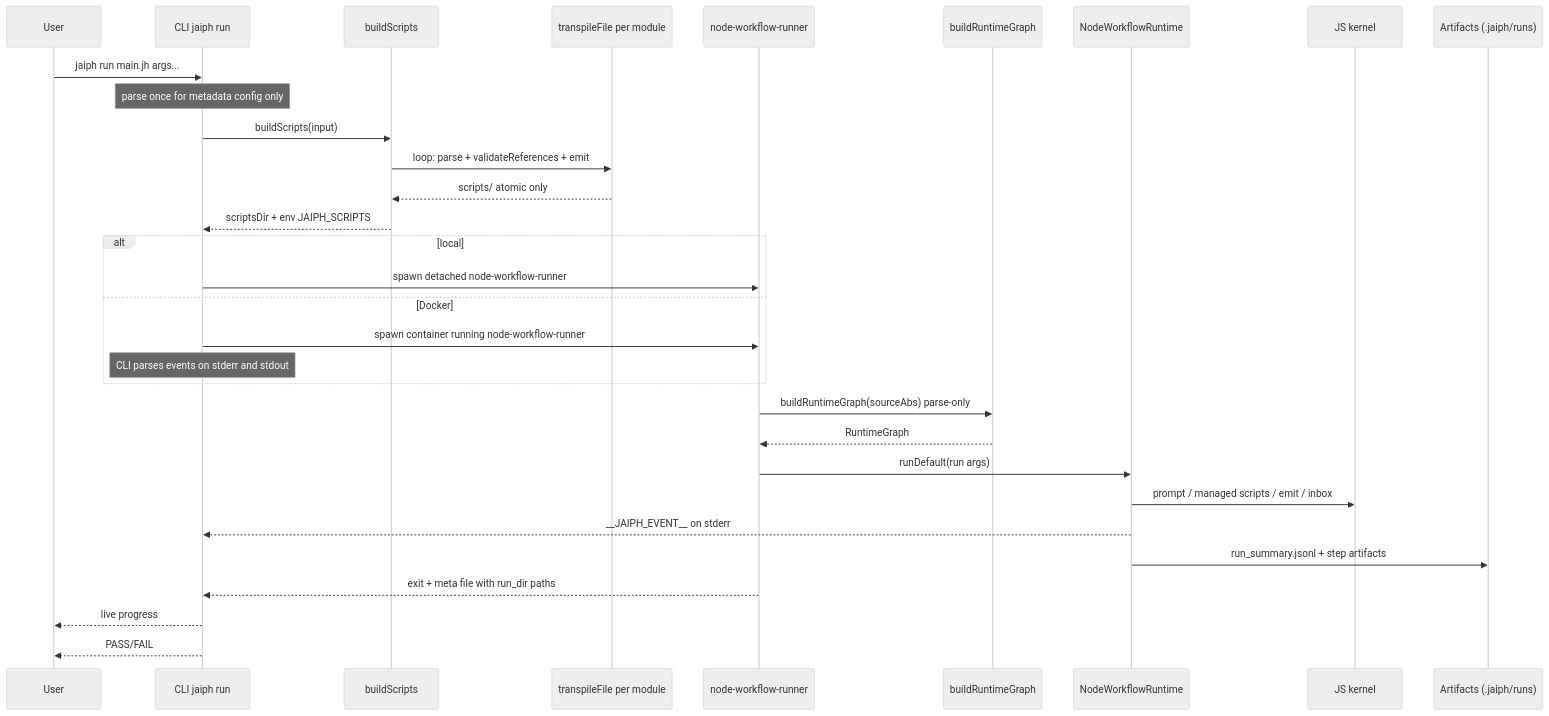
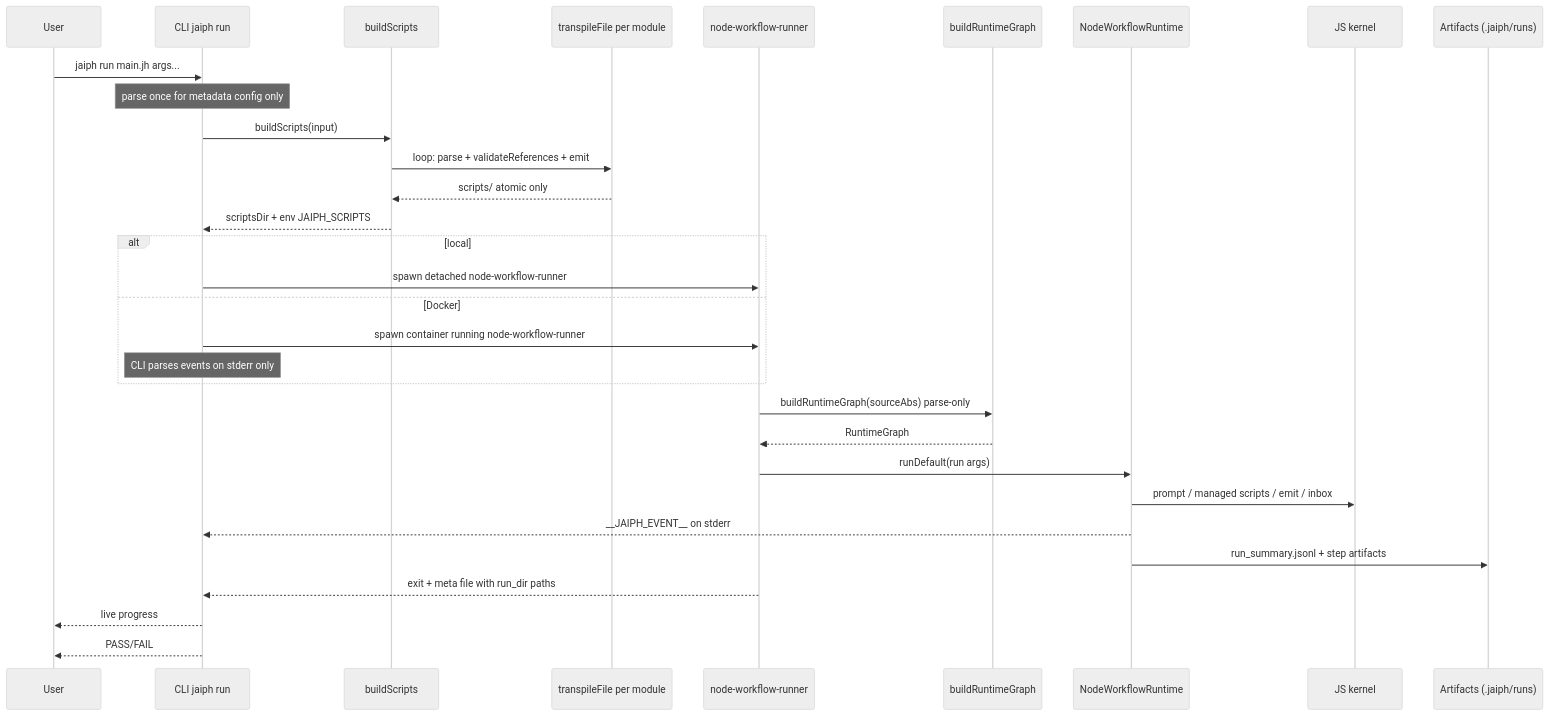
One commit to jaiphlang/jaiph changed the second of 3 diagrams in ARCHITECTURE.md. Above: the diagram before and after it, drawn with Mermaid (neutral theme). The commit also changed other lines of this file and 6 other files, not shown here.

First line of the commit message:
Refactor: Unify event channel to stderr-only for all run modes

````diff
--- a/ARCHITECTURE.md
+++ b/ARCHITECTURE.md
@@ -148,34 +148,34 @@
 ```mermaid
 sequenceDiagram
     participant User
     participant CLI as CLI jaiph run
     participant Prep as buildScripts
     participant TF as transpileFile per module
     participant Runner as node-workflow-runner
     participant Graph as buildRuntimeGraph
     participant Runtime as NodeWorkflowRuntime
     participant Kernel as JS kernel
     participant Report as Artifacts (.jaiph/runs)
 
     User->>CLI: jaiph run main.jh args...
     Note over CLI: parse once for metadata config only
     CLI->>Prep: buildScripts(input)
     Prep->>TF: loop: parse + validateReferences + emit
     TF-->>Prep: scripts/ atomic only
     Prep-->>CLI: scriptsDir + env JAIPH_SCRIPTS
     alt local
         CLI->>Runner: spawn detached node-workflow-runner
     else Docker
         CLI->>Runner: spawn container running node-workflow-runner
-        Note over CLI: CLI parses events on stderr and stdout
+        Note over CLI: CLI parses events on stderr only
     end
     Runner->>Graph: buildRuntimeGraph(sourceAbs) parse-only
     Graph-->>Runner: RuntimeGraph
     Runner->>Runtime: runDefault(run args)
     Runtime->>Kernel: prompt / managed scripts / emit / inbox
     Runtime-->>CLI: __JAIPH_EVENT__ on stderr
     Runtime->>Report: run_summary.jsonl + step artifacts
     Runner-->>CLI: exit + meta file with run_dir paths
     CLI-->>User: live progress
     CLI-->>User: PASS/FAIL
 ```
````
